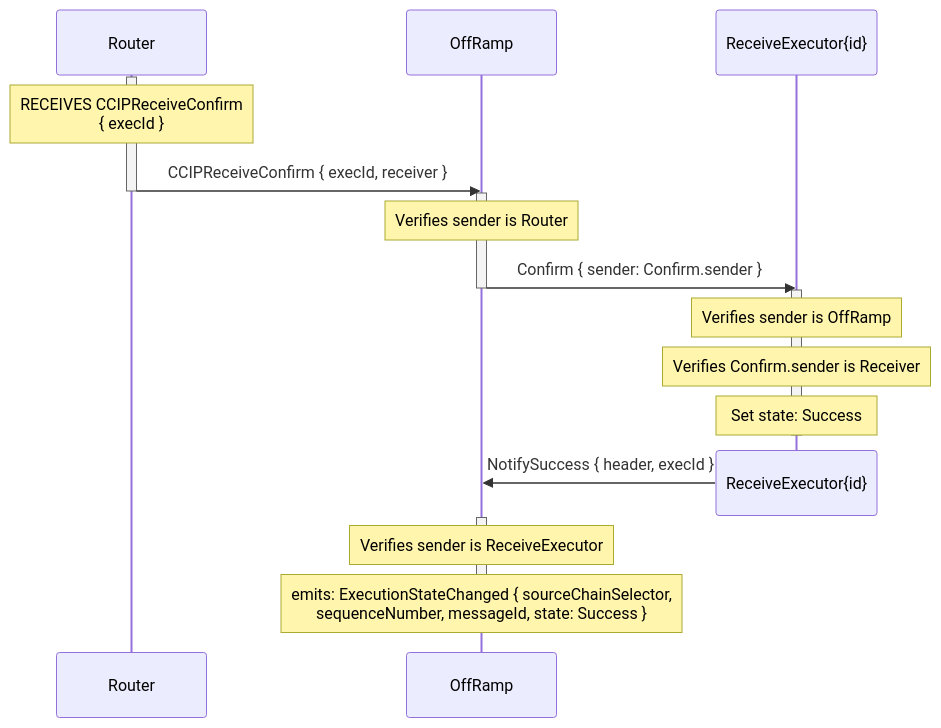
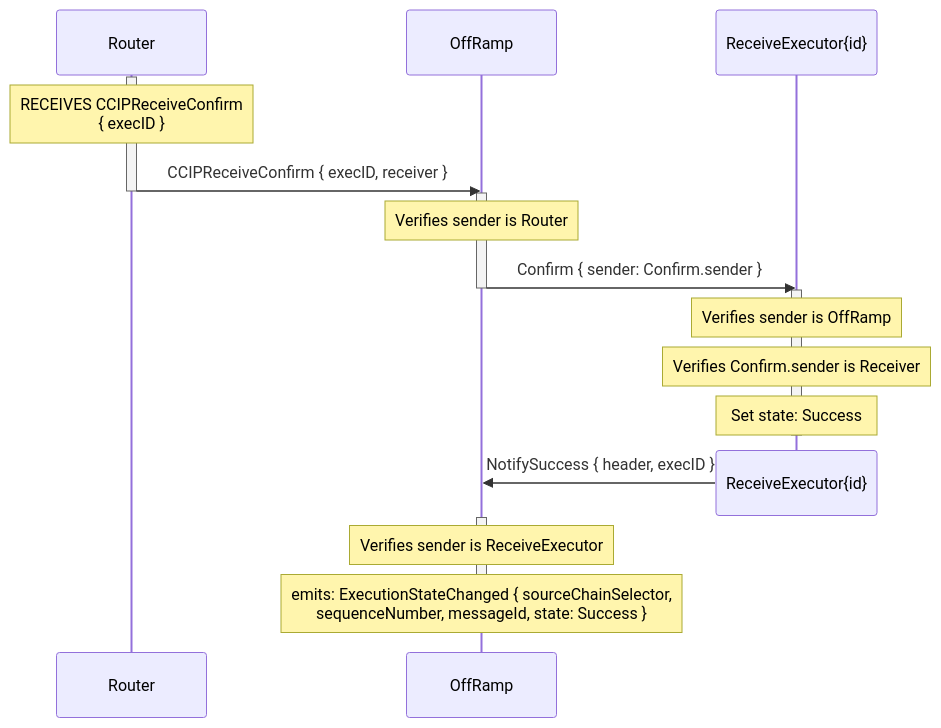
Before and after one commit to smartcontractkit/chainlink-ton: the fourth of 6 diagrams in docs/contracts/overview/ccip/offramp/arbitrary-msg.md, drawn with Mermaid. The commit also changed other lines of this file and 28 other files, not shown here.

````diff
--- a/docs/contracts/overview/ccip/offramp/arbitrary-msg.md
+++ b/docs/contracts/overview/ccip/offramp/arbitrary-msg.md
@@ -134,35 +134,35 @@
 ```mermaid
 sequenceDiagram
     participant R as Router
     participant OR as OffRamp
     participant RE as ReceiveExecutor{id}
 
 
     activate R
-    Note over R: RECEIVES CCIPReceiveConfirm<br>{ execId }
-    R ->> OR: CCIPReceiveConfirm { execId, receiver }
+    Note over R: RECEIVES CCIPReceiveConfirm<br>{ execID }
+    R ->> OR: CCIPReceiveConfirm { execID, receiver }
     deactivate R
 
 
 
     activate OR
     Note over OR: Verifies sender is Router
     OR ->> RE: Confirm { sender: Confirm.sender }
     deactivate OR
 
 
     activate RE
     Note over RE: Verifies sender is OffRamp
     Note over RE: Verifies Confirm.sender is Receiver
     Note over RE: Set state: Success
     deactivate RE
     destroy RE
-    RE ->> OR: NotifySuccess { header, execId }
+    RE ->> OR: NotifySuccess { header, execID }
 
 
 
     activate OR
     Note over OR: Verifies sender is ReceiveExecutor
     Note over OR: emits: ExecutionStateChanged { sourceChainSelector,<br>sequenceNumber, messageId, state: Success }
     deactivate OR
 ```
````
